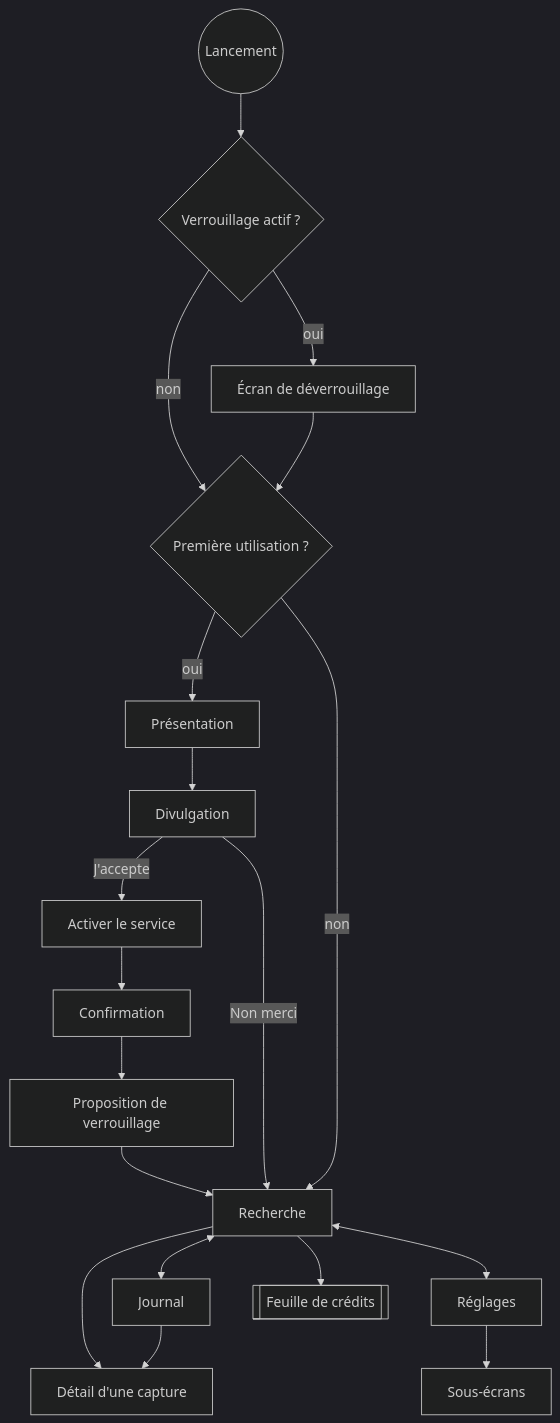
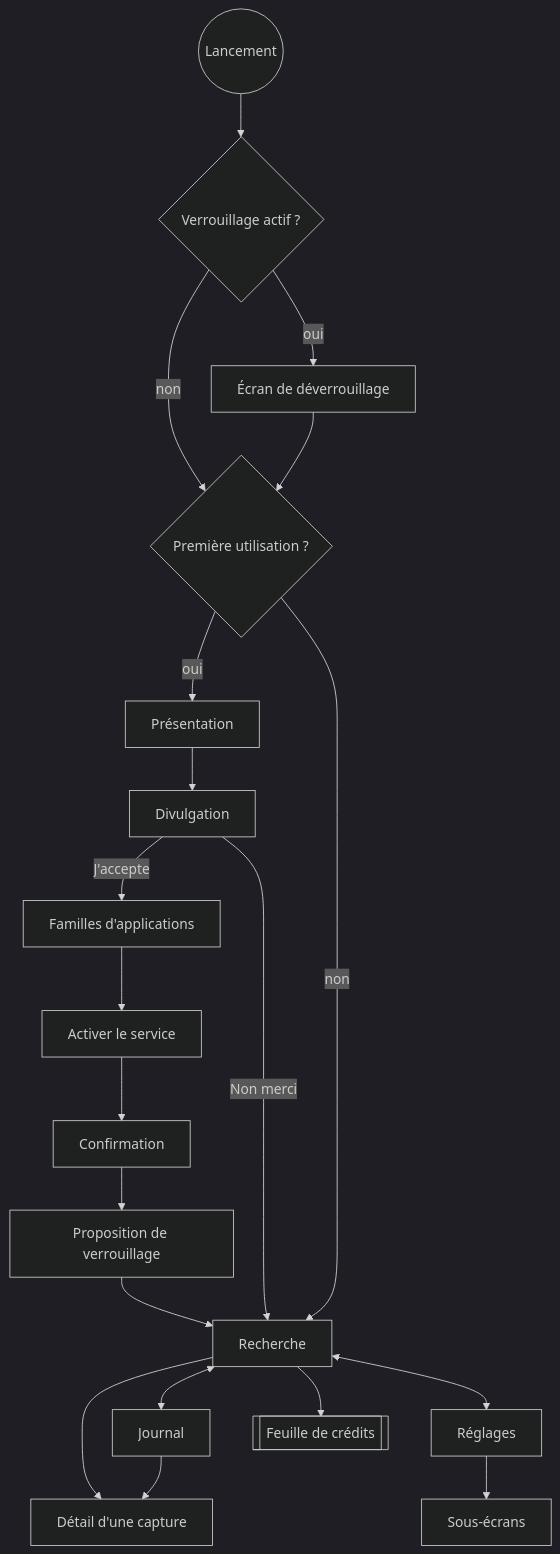
The diagram in docs/specs/ui-ux.md (nathan33670-spec/Seekmind), drawn with Mermaid (dark theme) before and after one commit. The commit also changed other lines of this file and 12 other files, not shown here.

````diff
--- a/docs/specs/ui-ux.md
+++ b/docs/specs/ui-ux.md
@@ -22,17 +22,17 @@
 ```mermaid
 flowchart TD
   start((Lancement)) --> lock{Verrouillage actif ?}
   lock -- oui --> gate[Écran de déverrouillage]
   lock -- non --> first{Première utilisation ?}
   gate --> first
   first -- oui --> onb[Présentation] --> disc[Divulgation]
-  disc -- "J'accepte" --> enable[Activer le service] --> ok[Confirmation] --> lockopt[Proposition de verrouillage] --> search
+  disc -- "J'accepte" --> fam[Familles d'applications] --> enable[Activer le service] --> ok[Confirmation] --> lockopt[Proposition de verrouillage] --> search
   disc -- "Non merci" --> search
   first -- non --> search[Recherche]
   search <--> journal[Journal]
   search <--> settings[Réglages]
   search --> detail[Détail d'une capture]
   journal --> detail
   search --> paywall[[Feuille de crédits]]
   settings --> sub[Sous-écrans]
 ```
````
